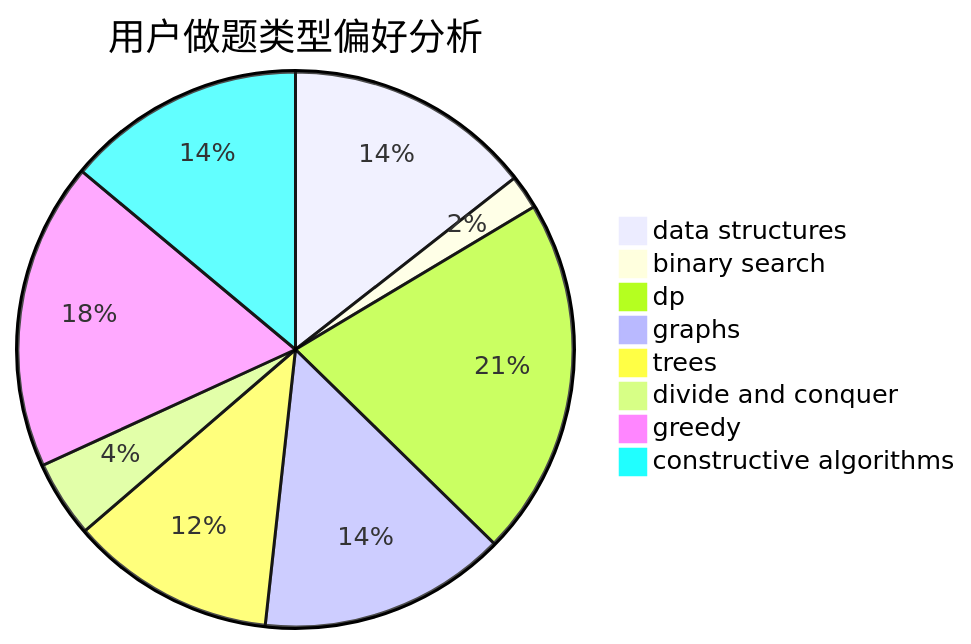
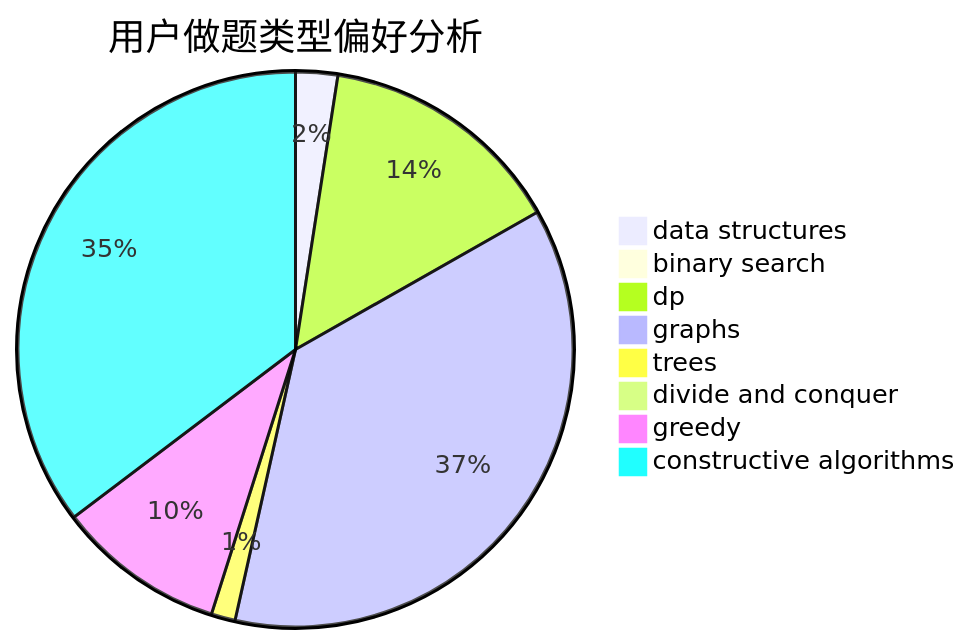
The second of 3 diagrams in docs/user/u2131.md (sherpahu/cfrs.github.io), drawn with Mermaid before and after one commit. The commit also changed other lines of this file and 2770 other files, not shown here.

````diff
--- a/docs/user/u2131.md
+++ b/docs/user/u2131.md
@@ -23,11 +23,11 @@
 ```mermaid
 pie title 用户做题类型偏好分析
-    "data structures" :  29
-    "binary search" :  4
-    "dp" :  42
-    "graphs" :  29
-    "trees" :  24
-    "divide and conquer" :  9
-    "greedy" :  36
-    "constructive algorithms" :  28
+    "data structures" :  7
+    "binary search" :  0
+    "dp" :  41
+    "graphs" :  105
+    "trees" :  4
+    "divide and conquer" :  1
+    "greedy" :  28
+    "constructive algorithms" :  101
 ```
````
